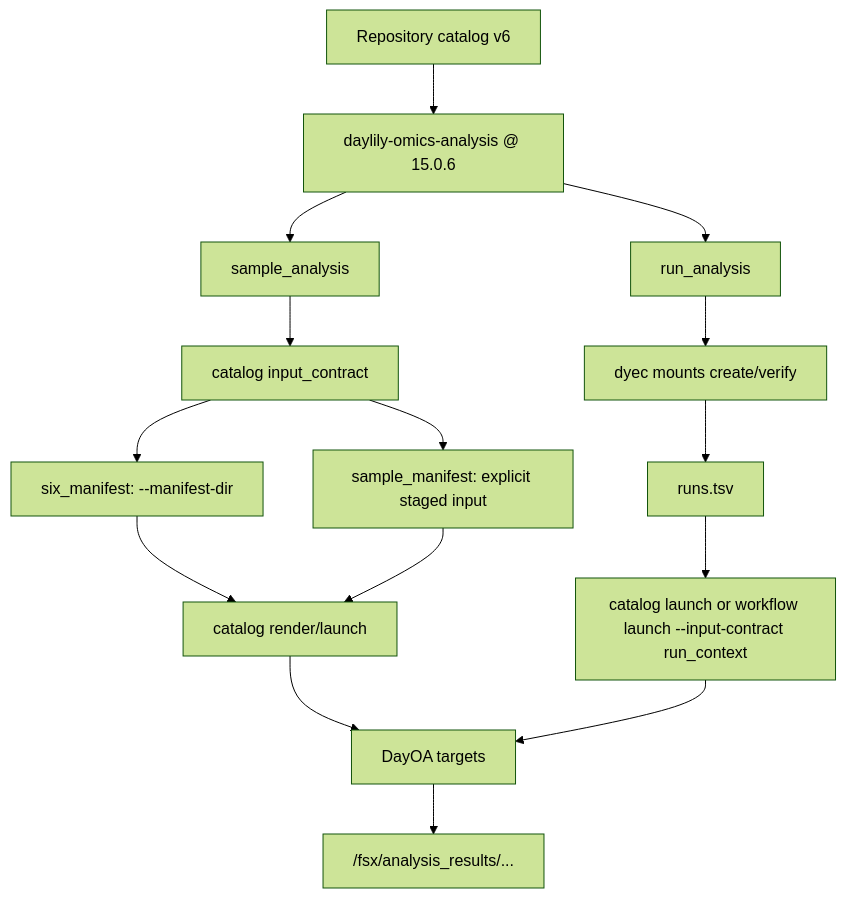
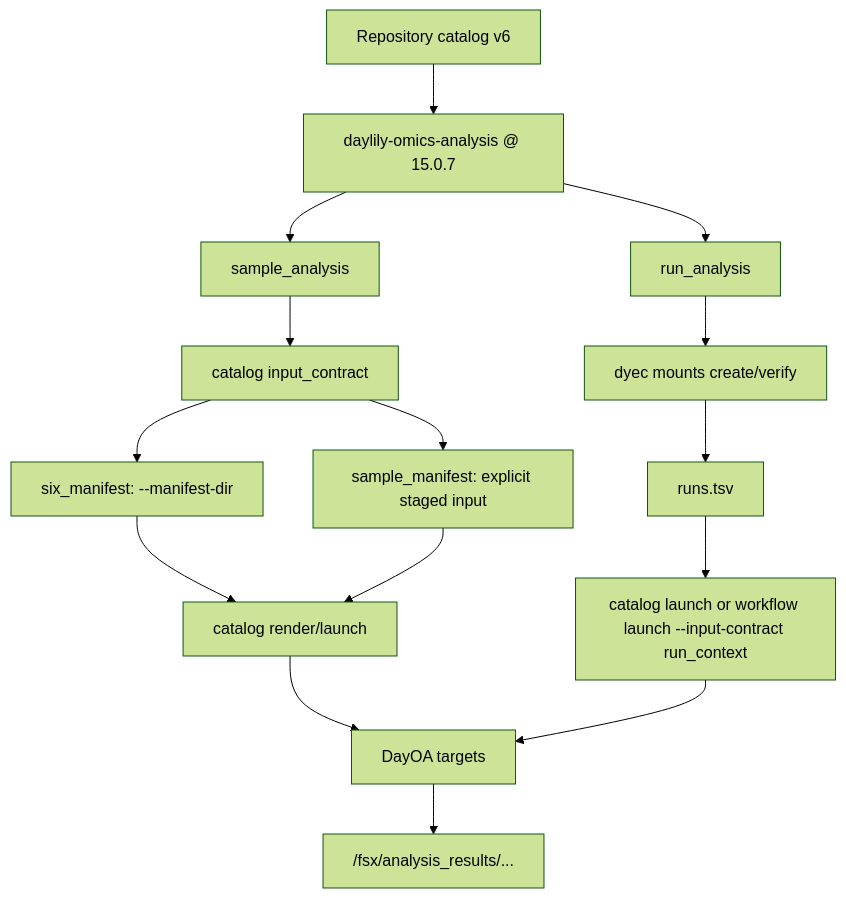
Before and after one commit to Daylily-Informatics/daylily-ephemeral-cluster: the third of 3 diagrams in docs/dra_fsx_strategy.md, drawn with Mermaid (forest theme). The commit also changed other lines of this file and 24 other files, not shown here.

````diff
--- a/docs/dra_fsx_strategy.md
+++ b/docs/dra_fsx_strategy.md
@@ -110,20 +110,20 @@
 ```mermaid
 flowchart TB
-  Catalog["Repository catalog v6"] --> Repo["daylily-omics-analysis @ 15.0.6"]
+  Catalog["Repository catalog v6"] --> Repo["daylily-omics-analysis @ 15.0.7"]
   Repo --> Sample["sample_analysis"]
   Repo --> Run["run_analysis"]
 
   Sample --> Contract["catalog input_contract"]
   Contract --> Six["six_manifest: --manifest-dir"]
   Contract --> Legacy["sample_manifest: explicit staged input"]
   Six --> LaunchA["catalog render/launch"]
   Legacy --> LaunchA
 
   Run --> Mount["dyec mounts create/verify"]
   Mount --> Runs["runs.tsv"]
   Runs --> LaunchB["catalog launch or workflow launch --input-contract run_context"]
 
   LaunchA --> DayOA["DayOA targets"]
   LaunchB --> DayOA
   DayOA --> Results["/fsx/analysis_results/..."]
 ```
````
